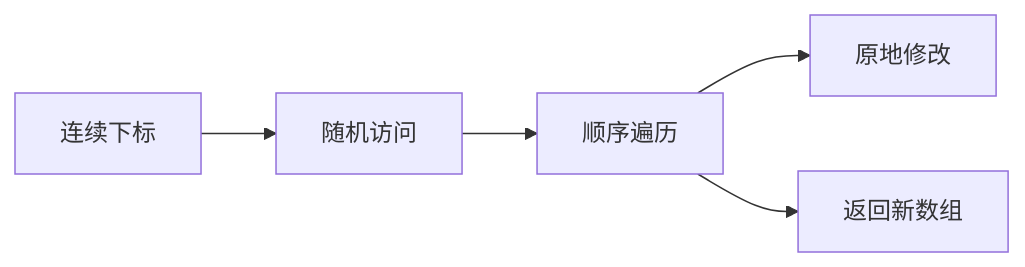
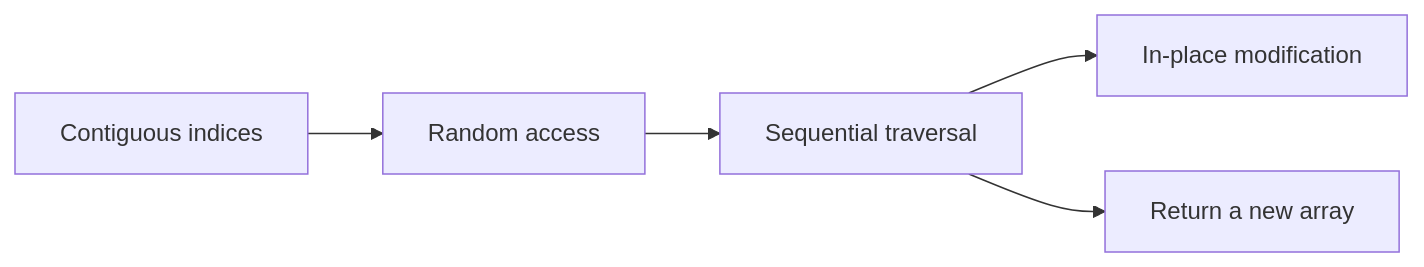
The diagram in src/content/technology/array.md (HONGLEI111/hhlblog-global), drawn with Mermaid before and after one commit. The commit also changed 33 other files, not shown here.

First line of the commit message:
content(code): 翻译 mermaid 图节点标签（34 文件 / 267 处）

````diff
--- a/src/content/technology/array.md
+++ b/src/content/technology/array.md
@@ -213,7 +213,7 @@
 ```mermaid
 graph LR
-    A[连续下标] --> B[随机访问]
-    B --> C[顺序遍历]
-    C --> D[原地修改]
-    C --> E[返回新数组]
+    A[Contiguous indices] --> B[Random access]
+    B --> C[Sequential traversal]
+    C --> D[In-place modification]
+    C --> E[Return a new array]
 ```
````
